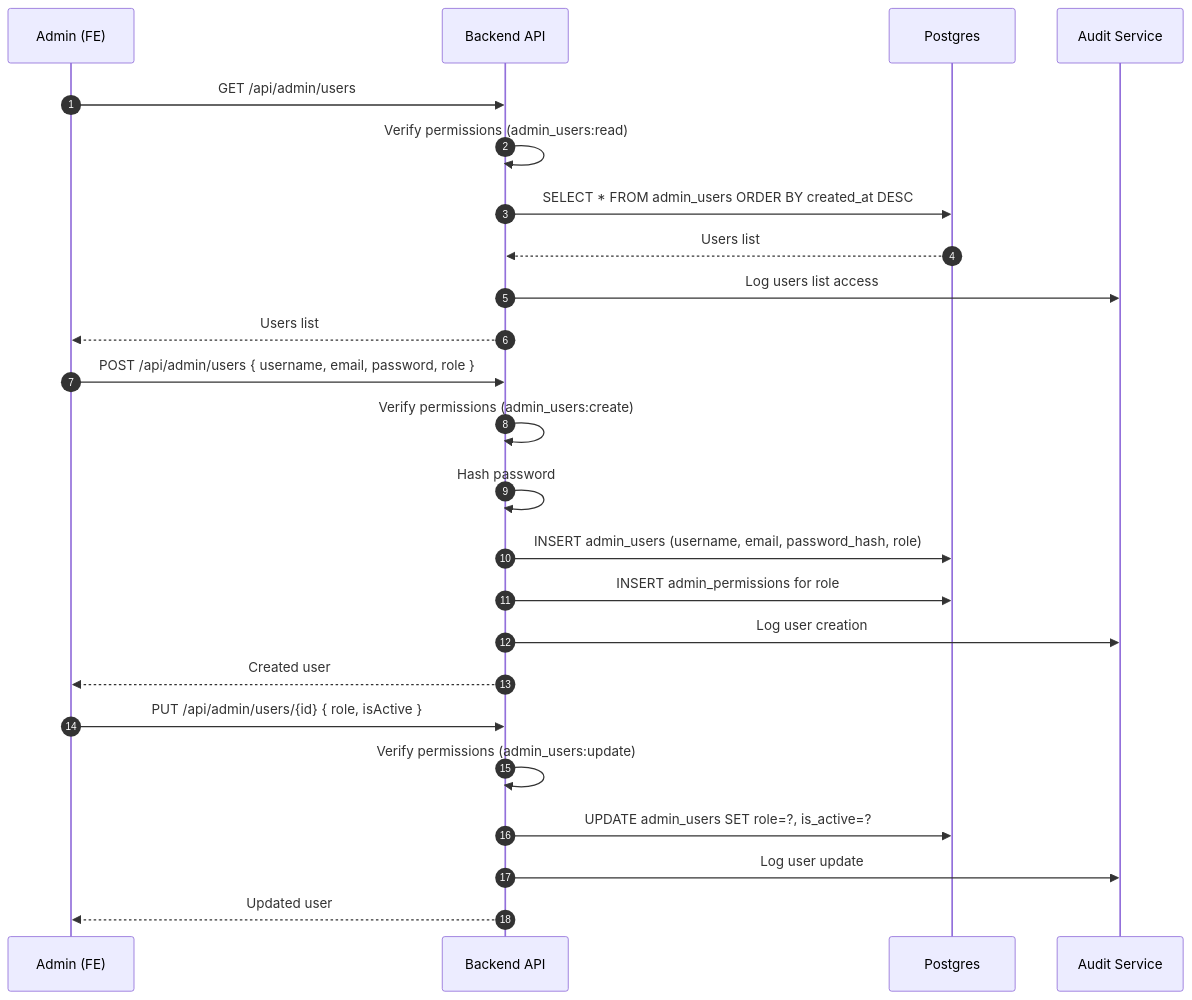
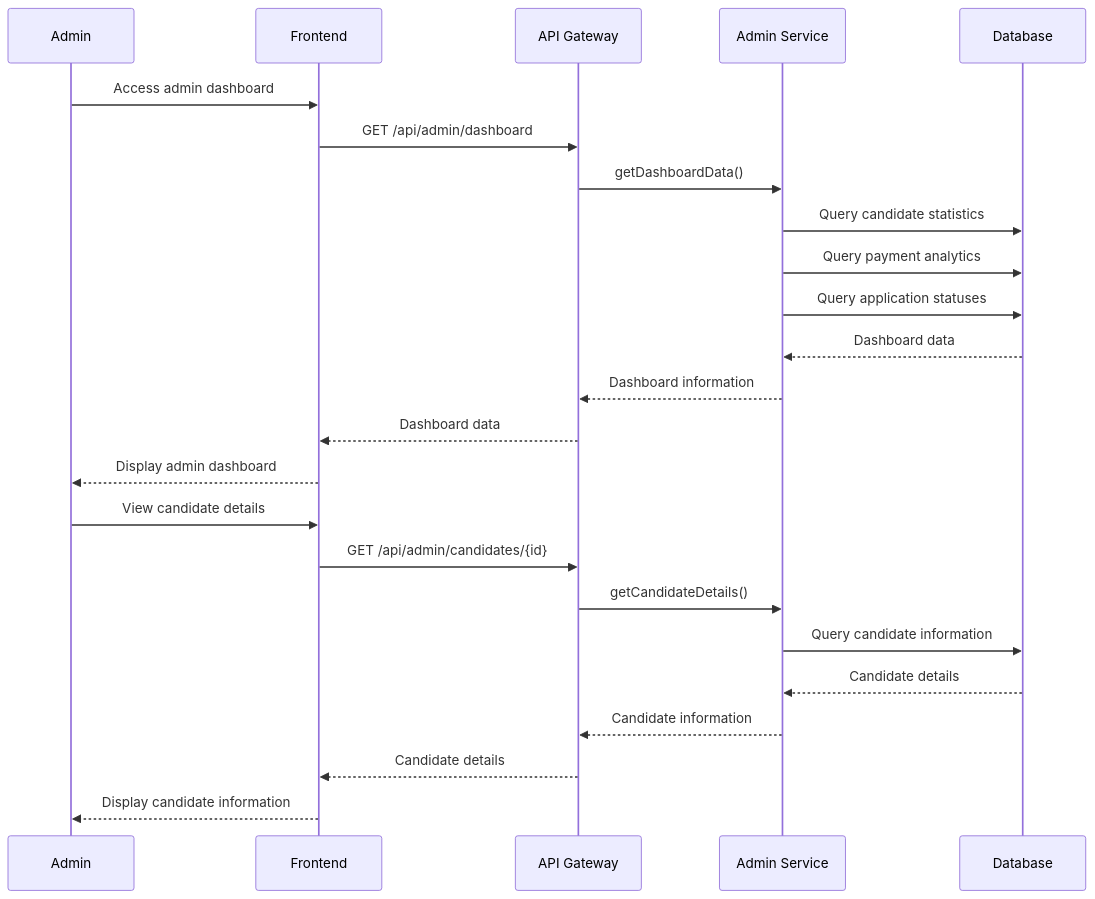
The seventh of 17 diagrams in docs/sequence-diagrams.md (sbikelly/fuep_api), drawn with Mermaid before and after one commit. The commit also changed other lines of this file and 35 other files, not shown here.

````diff
--- a/docs/sequence-diagrams.md
+++ b/docs/sequence-diagrams.md
@@ -406,29 +265,29 @@
 ```mermaid
 sequenceDiagram
-  autonumber
-  participant ADM as Admin (FE)
-  participant API as Backend API
-  participant DB as Postgres
-  participant AUDIT as Audit Service
+    participant A as Admin
+    participant F as Frontend
+    participant API as API Gateway
+    participant AS as Admin Service
+    participant DB as Database
 
-  ADM->>API: GET /api/admin/users
-  API->>API: Verify permissions (admin_users:read)
-  API->>DB: SELECT * FROM admin_users ORDER BY created_at DESC
-  DB-->>API: Users list
-  API->>AUDIT: Log users list access
-  API-->>ADM: Users list
+    A->>F: Access admin dashboard
+    F->>API: GET /api/admin/dashboard
+    API->>AS: getDashboardData()
 
-  ADM->>API: POST /api/admin/users { username, email, password, role }
-  API->>API: Verify permissions (admin_users:create)
-  API->>API: Hash password
-  API->>DB: INSERT admin_users (username, email, password_hash, role)
-  API->>DB: INSERT admin_permissions for role
-  API->>AUDIT: Log user creation
-  API-->>ADM: Created user
+    AS->>DB: Query candidate statistics
+    AS->>DB: Query payment analytics
+    AS->>DB: Query application statuses
+    DB-->>AS: Dashboard data
+    AS-->>API: Dashboard information
+    API-->>F: Dashboard data
+    F-->>A: Display admin dashboard
 
-  ADM->>API: PUT /api/admin/users/{id} { role, isActive }
-  API->>API: Verify permissions (admin_users:update)
-  API->>DB: UPDATE admin_users SET role=?, is_active=?
-  API->>AUDIT: Log user update
-  API-->>ADM: Updated user
+    A->>F: View candidate details
+    F->>API: GET /api/admin/candidates/{id}
+    API->>AS: getCandidateDetails()
+    AS->>DB: Query candidate information
+    DB-->>AS: Candidate details
+    AS-->>API: Candidate information
+    API-->>F: Candidate details
+    F-->>A: Display candidate information
 ```
````
